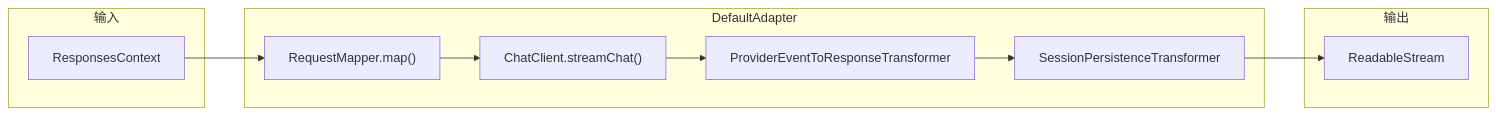
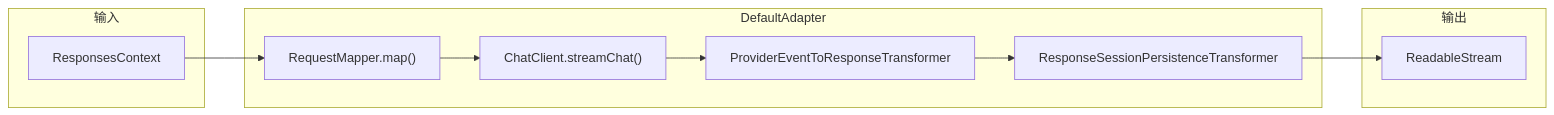
The second of 3 diagrams in wiki/zh/02-architecture/adapter-pattern.md (Ahoo-Wang/GodeX), drawn with Mermaid before and after one commit. The commit also changed other lines of this file and 9 other files, not shown here.

````diff
--- a/wiki/zh/02-architecture/adapter-pattern.md
+++ b/wiki/zh/02-architecture/adapter-pattern.md
@@ -48,17 +48,17 @@
 ```mermaid
 flowchart LR
   subgraph input["输入"]
     CTX["ResponsesContext"]
   end
   subgraph adapter["DefaultAdapter"]
     RM["RequestMapper.map()"]
     CC["ChatClient.streamChat()"]
     T1["ProviderEventToResponseTransformer"]
-    T2["SessionPersistenceTransformer"]
+    T2["ResponseSessionPersistenceTransformer"]
   end
   subgraph output["输出"]
     EVENTS["ReadableStream"]
   end
 
   CTX --> RM --> CC --> T1 --> T2 --> EVENTS
 ```
````
